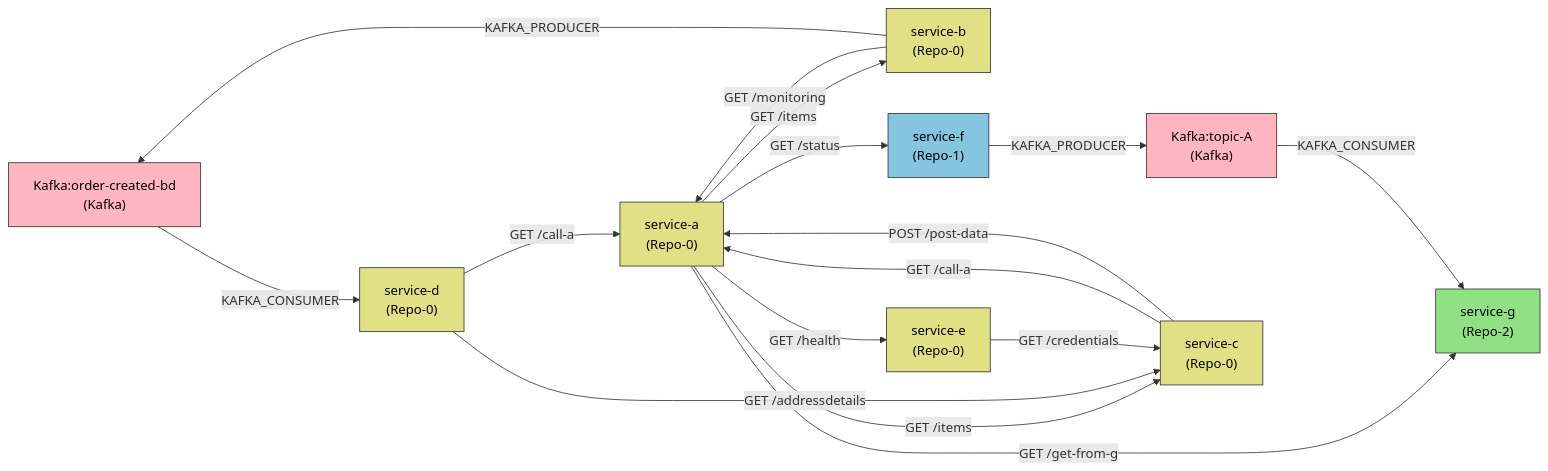
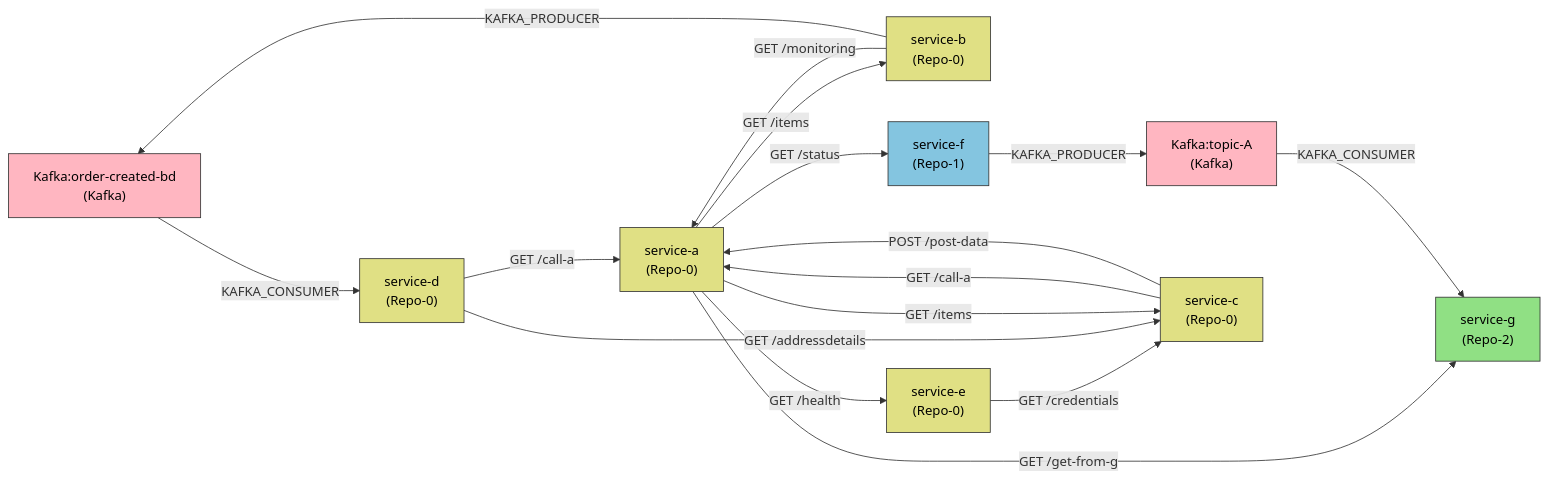
One commit to lokesh0507/First_project changed the diagram in output/deps.md. Above: the diagram before and after it, drawn with Mermaid. The commit also changed 1 other file, not shown here.

Commit message:
Auto-update dependency graph

````diff
--- a/output/deps.md
+++ b/output/deps.md
@@ -1,46 +1,46 @@
 ```mermaid
 graph LR
 classDef Kafka fill:#FFB6C1,stroke:#333,color:#000
 classDef Repo-0 fill:#E0E084,stroke:#333,color:#000
 classDef Repo-1 fill:#84C5E0,stroke:#333,color:#000
 classDef Repo-2 fill:#90E084,stroke:#333,color:#000
 
   Kafka:order-created-bd["Kafka:order-created-bd
 (Kafka)"]
   Kafka:topic-A["Kafka:topic-A
 (Kafka)"]
   service-a["service-a
 (Repo-0)"]
   service-b["service-b
 (Repo-0)"]
   service-c["service-c
 (Repo-0)"]
   service-d["service-d
 (Repo-0)"]
   service-e["service-e
 (Repo-0)"]
   service-f["service-f
 (Repo-1)"]
   service-g["service-g
 (Repo-2)"]
 
+  service-e -->|GET /credentials| service-c
+  service-c -->|GET /call-a| service-a
+  service-c -->|POST /post-data| service-a
+  service-b -->|GET /monitoring| service-a
+  service-d -->|GET /call-a| service-a
+  service-d -->|GET /addressdetails| service-c
   service-a -->|GET /items| service-b
   service-a -->|GET /items| service-c
   service-a -->|GET /health| service-e
   service-a -->|GET /get-from-g| service-g
   service-a -->|GET /status| service-f
-  service-b -->|GET /monitoring| service-a
-  service-c -->|GET /call-a| service-a
-  service-c -->|POST /post-data| service-a
-  service-d -->|GET /call-a| service-a
-  service-d -->|GET /addressdetails| service-c
-  service-e -->|GET /credentials| service-c
   service-b -->|KAFKA_PRODUCER| Kafka:order-created-bd
   Kafka:order-created-bd -->|KAFKA_CONSUMER| service-d
+  Kafka:topic-A -->|KAFKA_CONSUMER| service-g
   service-f -->|KAFKA_PRODUCER| Kafka:topic-A
-  Kafka:topic-A -->|KAFKA_CONSUMER| service-g
 class Kafka:order-created-bd,Kafka:topic-A Kafka
-class service-a,service-b,service-c,service-d,service-e Repo-0
+class service-e,service-c,service-b,service-d,service-a Repo-0
 class service-f Repo-1
 class service-g Repo-2
 ```
````
